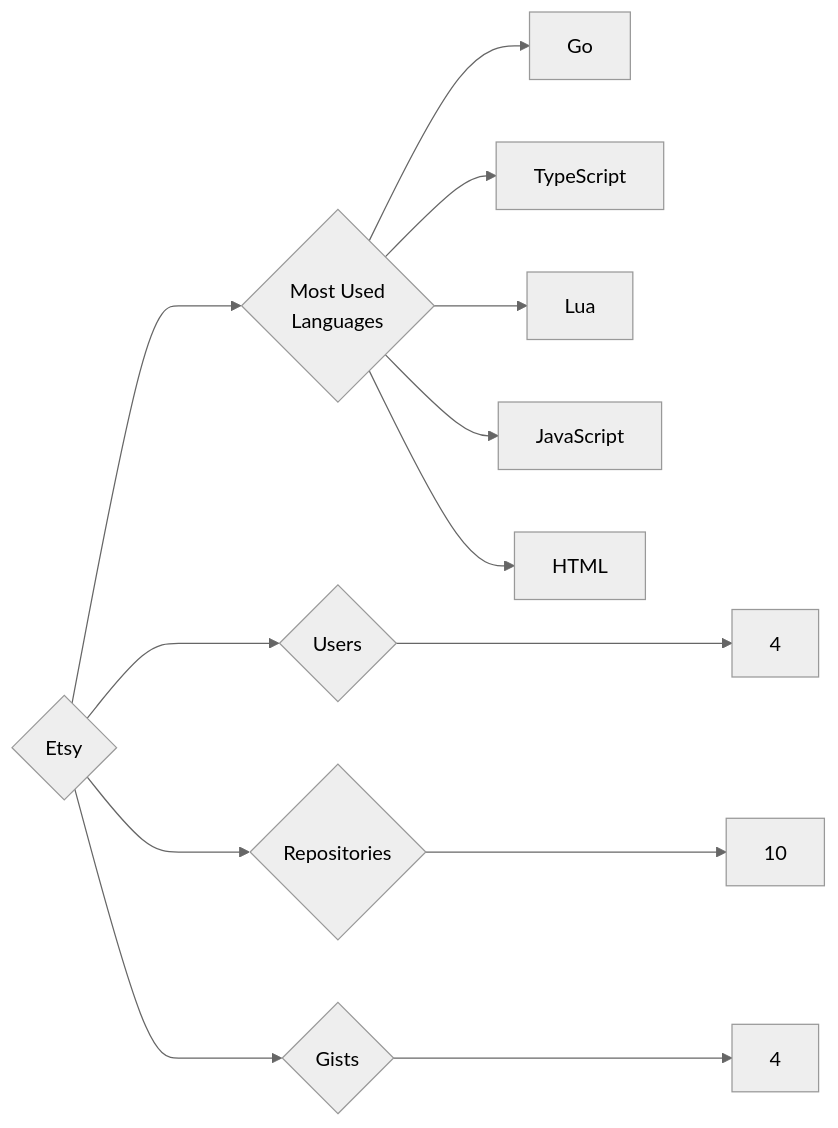
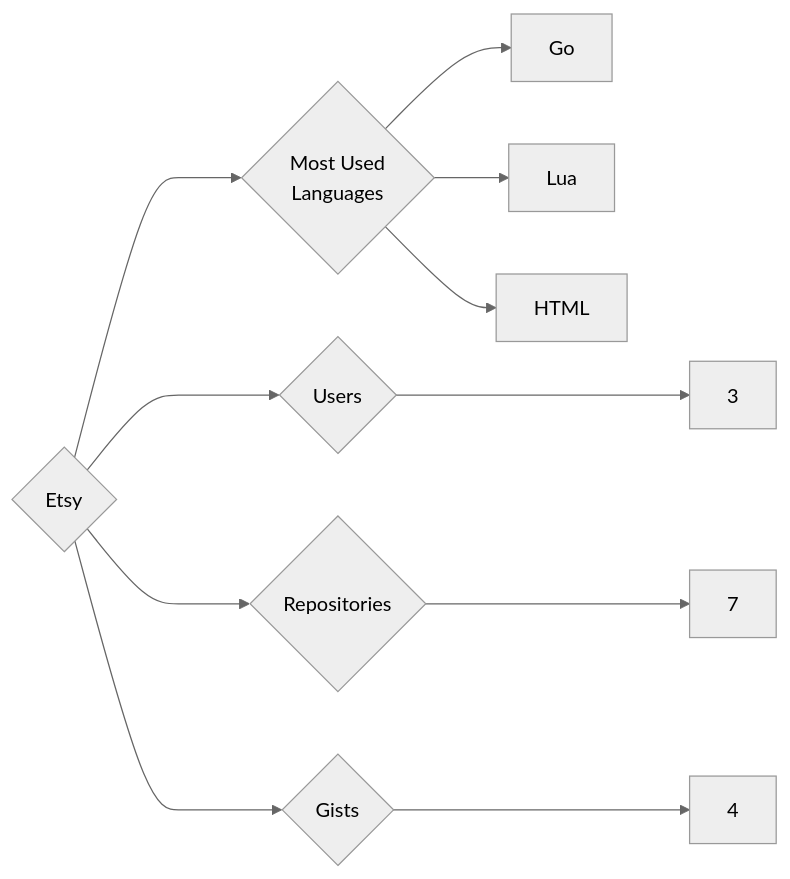
The diagram in targets/Etsy/README.md (trickest/insiders), drawn with Mermaid (neutral theme) before and after one commit. The commit also changed 1120 other files, not shown here.

````diff
--- a/targets/Etsy/README.md
+++ b/targets/Etsy/README.md
@@ -3,13 +3,11 @@
 ```mermaid
 graph LR
 COMPANY_NAME{Etsy}
-COMPANY_NAME ---> U{Users} ---> UN[4]
-COMPANY_NAME ---> R{Repositories} ---> RN[10]
+COMPANY_NAME ---> U{Users} ---> UN[3]
+COMPANY_NAME ---> R{Repositories} ---> RN[7]
 COMPANY_NAME ---> G{Gists} ---> GN[4]
 COMPANY_NAME ---> ML{Most Used<br>Languages}
 ML --> Go[Go]
-ML --> TypeScript[TypeScript]
 ML --> Lua[Lua]
-ML --> JavaScript[JavaScript]
 ML --> HTML[HTML]
 ```
````
